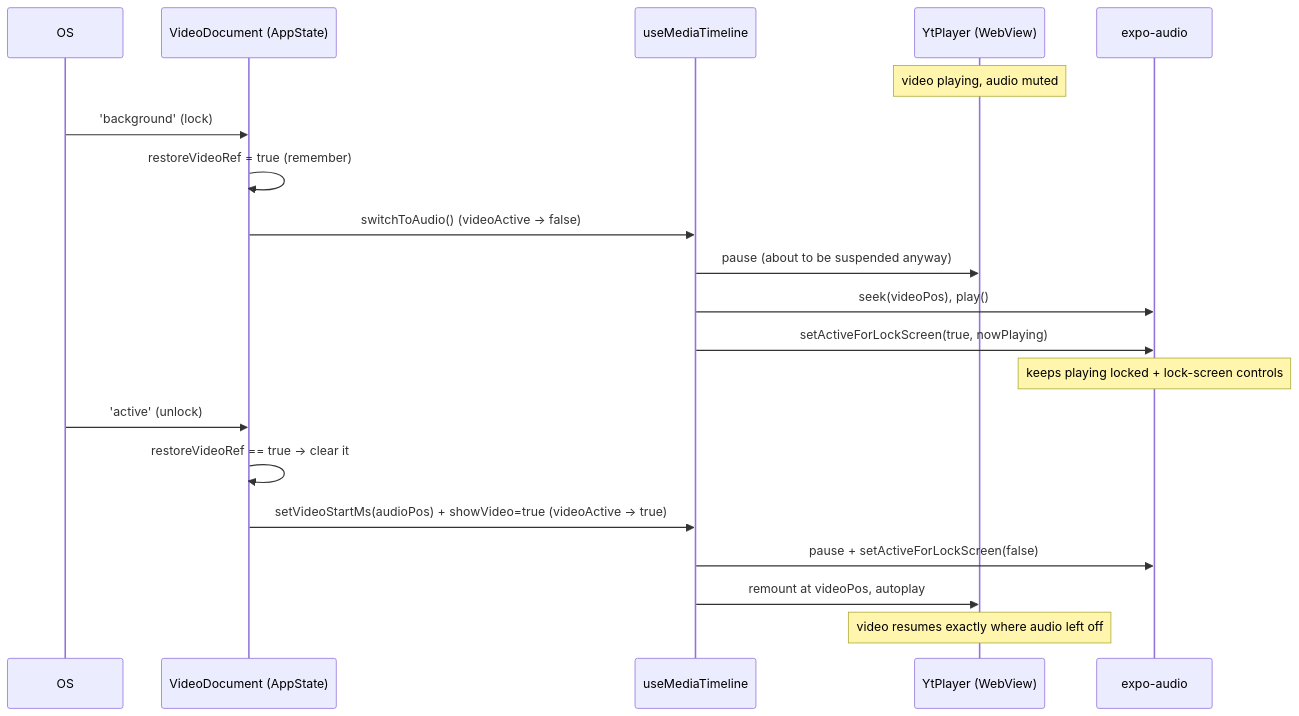
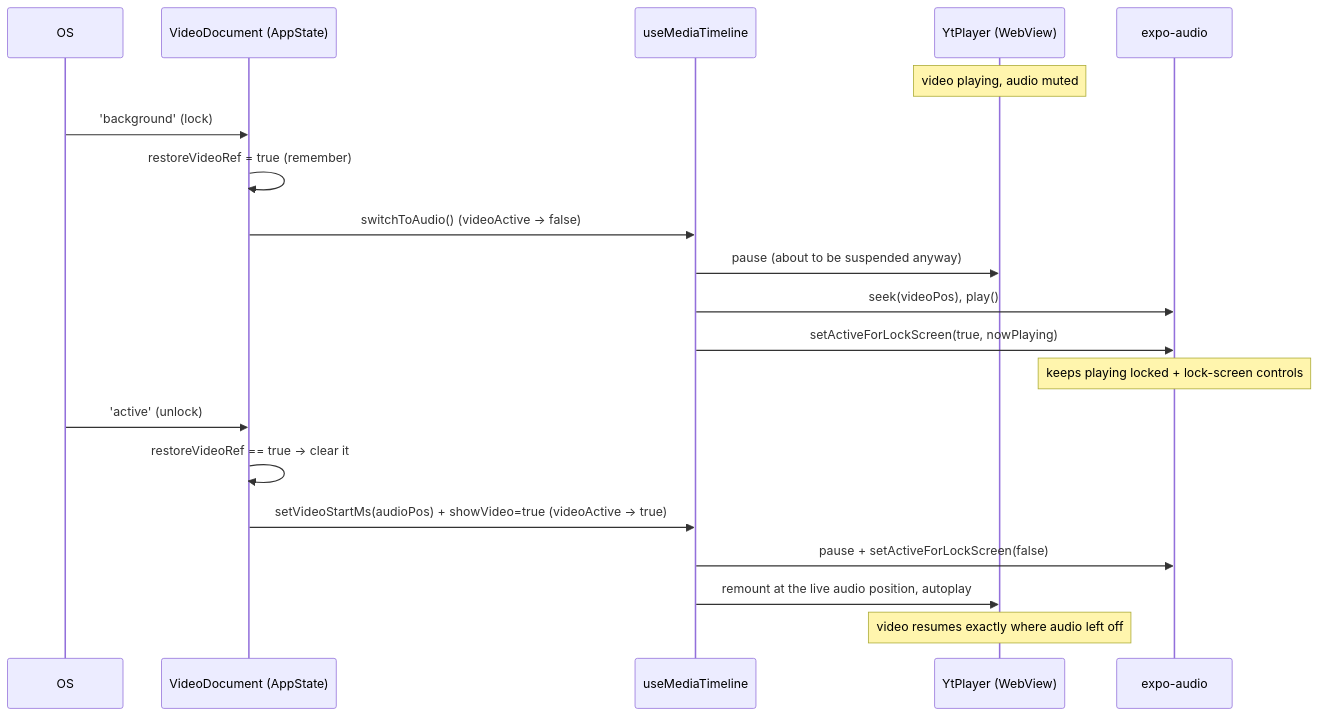
Before and after one commit to symunona/samizdat: the third of 3 diagrams in docs/media-playback-lockscreen.md, drawn with Mermaid. The commit also changed other lines of this file and 16 other files, not shown here.

````diff
--- a/docs/media-playback-lockscreen.md
+++ b/docs/media-playback-lockscreen.md
@@ -87,23 +148,23 @@
 ```mermaid
 sequenceDiagram
     participant OS
     participant VD as VideoDocument (AppState)
     participant TL as useMediaTimeline
     participant YT as YtPlayer (WebView)
     participant AU as expo-audio
 
     Note over YT: video playing, audio muted
     OS->>VD: 'background' (lock)
     VD->>VD: restoreVideoRef = true (remember)
     VD->>TL: switchToAudio()  (videoActive → false)
     TL->>YT: pause (about to be suspended anyway)
     TL->>AU: seek(videoPos), play()
     TL->>AU: setActiveForLockScreen(true, nowPlaying)
     Note over AU: keeps playing locked + lock-screen controls
     OS->>VD: 'active' (unlock)
     VD->>VD: restoreVideoRef == true → clear it
     VD->>TL: setVideoStartMs(audioPos) + showVideo=true (videoActive → true)
     TL->>AU: pause + setActiveForLockScreen(false)
-    TL->>YT: remount at videoPos, autoplay
+    TL->>YT: remount at the live audio position, autoplay
     Note over YT: video resumes exactly where audio left off
 ```
````
